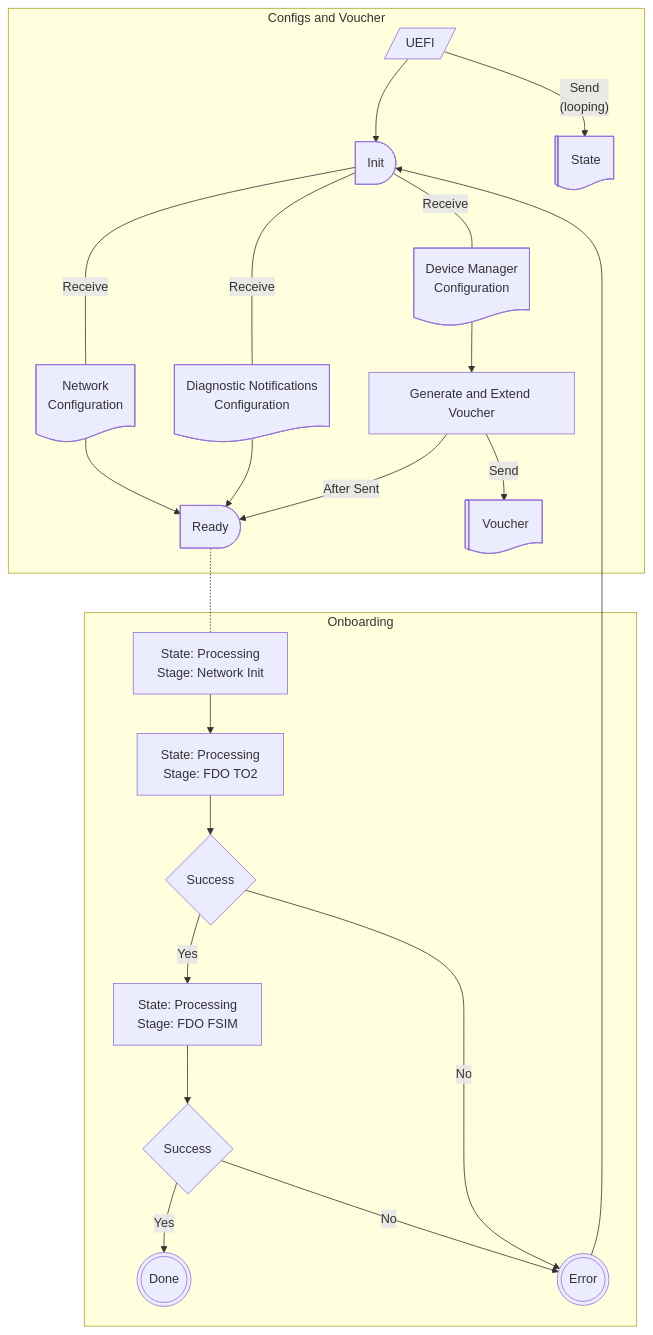
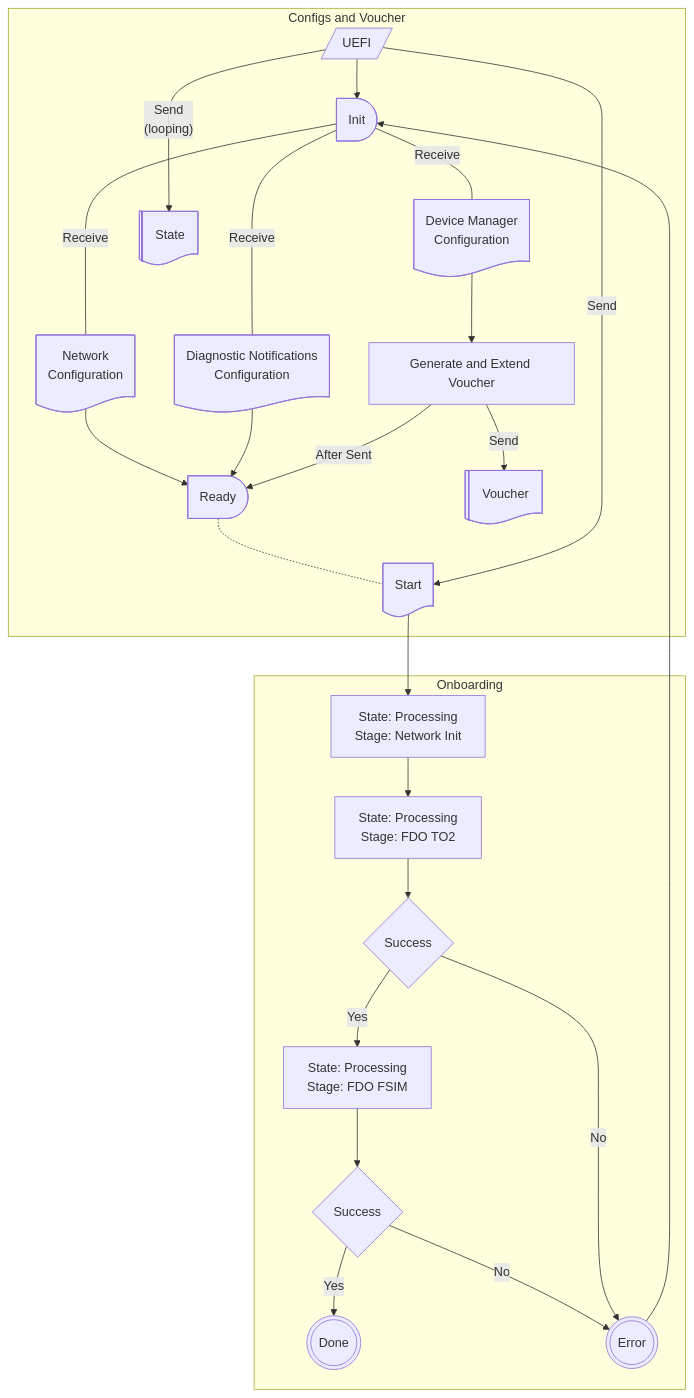
One commit to fido-device-onboard/uefi-ble-fdo changed the third of 3 diagrams in SPEC.md. Above: the diagram before and after it, drawn with Mermaid. The commit also changed other lines of this file, not shown here.

Commit message:
Correct char permissions and add Start characteristic

````diff
--- a/SPEC.md
+++ b/SPEC.md
@@ -141,35 +141,38 @@
 ```mermaid
 flowchart TD
     subgraph Configs and Voucher
     central@{ shape: lean-r, label: "UEFI" }
     init@{ shape: delay, label: "Init" }
     central --> init
-    central -- Send<br/>(looping) --> state@{ shape: lin-doc, label: "State" }
     init -- Receive --- netConfig@{ shape: doc, label: "Network<br/>Configuration" }
     init -- Receive --- devmgrConfig@{ shape: doc, label: "Device Manager<br/>Configuration" }
     init -- Receive --- notifyConfig@{ shape: doc, label: "Diagnostic Notifications<br/>Configuration" }
     devmgrConfig --> selfDI[Generate and Extend Voucher]
     netConfig --> ready
     notifyConfig --> ready
     selfDI -- After Sent--> ready@{ shape: delay, label: "Ready" }
     selfDI -- Send --> voucher@{shape: lin-doc, label: "Voucher"}
-
+    ready -.- start@{ shape: doc, label: "Start" }
+    central -- Send --> start
+    central -- Send<br/>(looping) ---> state@{ shape: lin-doc, label: "State" }
     end
 
     subgraph Onboarding
-    ready -.- netinit[State: Processing<br/>Stage: Network Init] --> fdoConnect[State: Processing<br/>Stage: FDO TO2]
+    start --> netinit[State: Processing<br/>Stage: Network Init] 
+    
+    netinit --> fdoConnect[State: Processing<br/>Stage: FDO TO2]
 
     fdoConnect --> connected@{ shape: diamond, label: "Success" }
     connected -- Yes --> fsim[State: Processing<br/>Stage: FDO FSIM]
     
     fsim --> transferred@{ shape: diamond, label: "Success" }
     transferred -- Yes --> success@{ shape: dbl-circ, label: "Done" }
 
     transferred -- No -->error
     connected -- No -->error@{ shape: dbl-circ, label: "Error" }
 
     error --> init
     
 
     end
 ```
````
